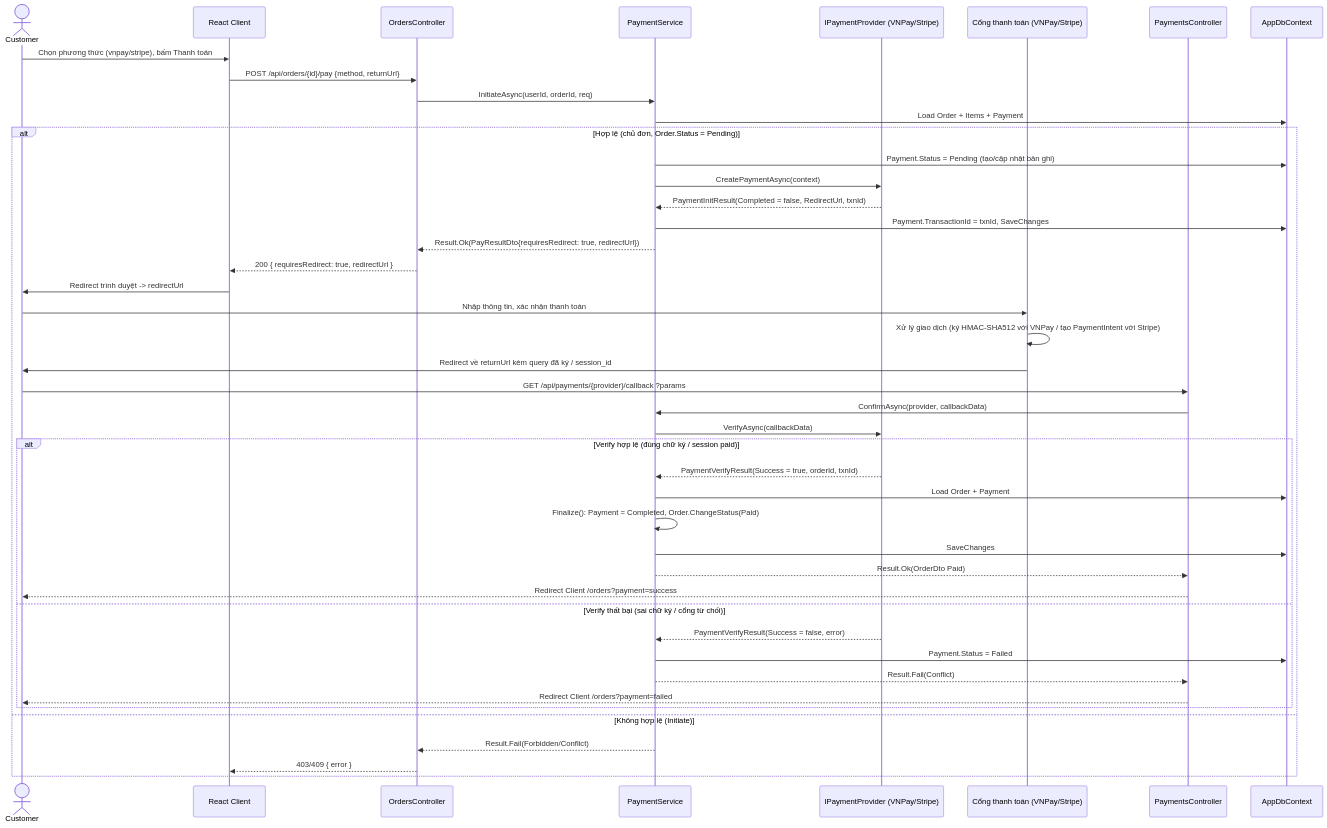
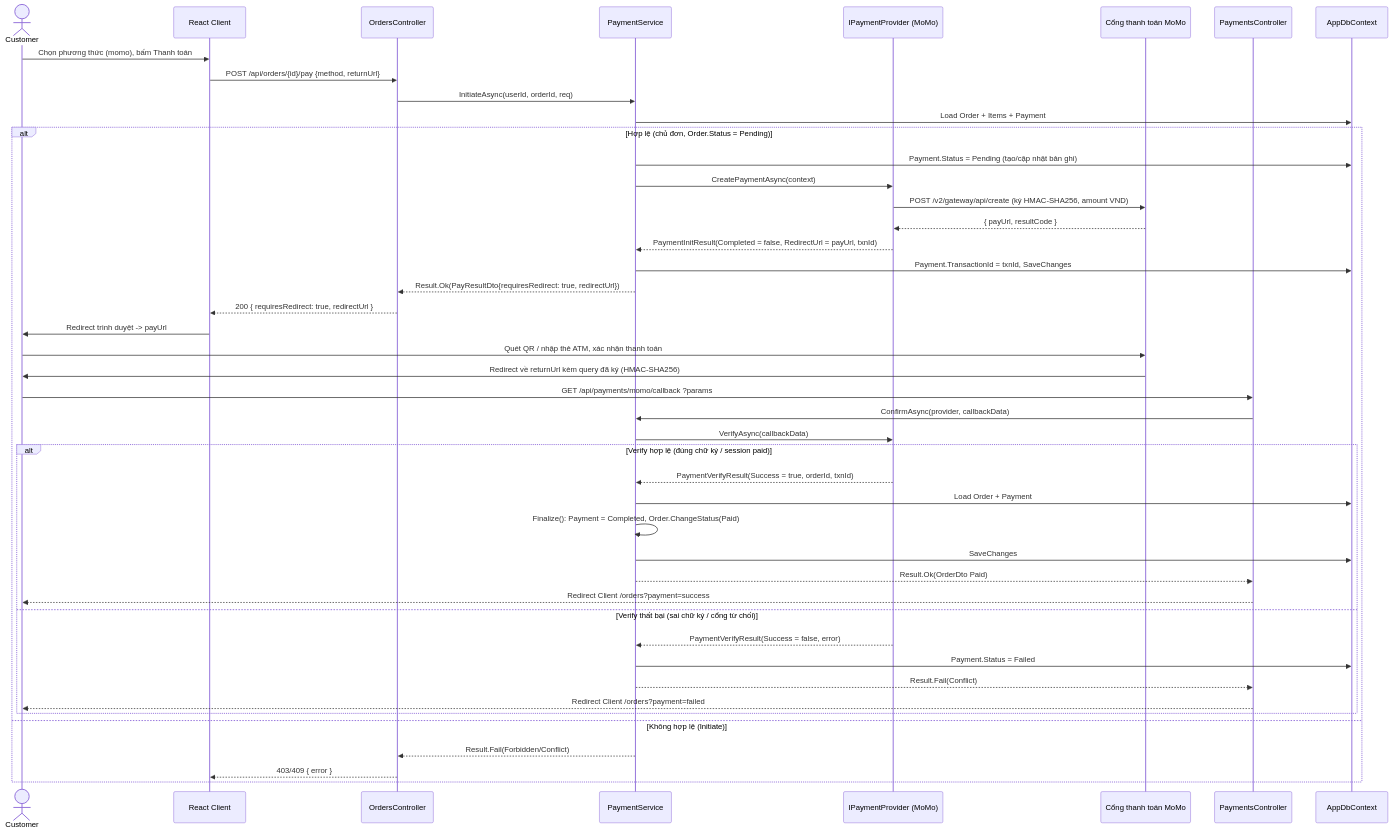
One commit to nhuy2005-alexandors/Marketplace changed the fifth of 5 diagrams in docs/sequence-diagrams.md. Above: the diagram before and after it, drawn with Mermaid. The commit also changed other lines of this file and 107 other files, not shown here.

````diff
--- a/docs/sequence-diagrams.md
+++ b/docs/sequence-diagrams.md
@@ -139,47 +139,48 @@
 ```mermaid
 sequenceDiagram
     actor C as Customer
     participant FE as React Client
     participant OC as OrdersController
     participant PS as PaymentService
-    participant PP as IPaymentProvider (VNPay/Stripe)
-    participant GW as Cổng thanh toán (VNPay/Stripe)
+    participant PP as IPaymentProvider (MoMo)
+    participant GW as Cổng thanh toán MoMo
     participant PC as PaymentsController
     participant DB as AppDbContext
 
-    C->>FE: Chọn phương thức (vnpay/stripe), bấm Thanh toán
+    C->>FE: Chọn phương thức (momo), bấm Thanh toán
     FE->>OC: POST /api/orders/{id}/pay {method, returnUrl}
     OC->>PS: InitiateAsync(userId, orderId, req)
     PS->>DB: Load Order + Items + Payment
     alt Hợp lệ (chủ đơn, Order.Status = Pending)
         PS->>DB: Payment.Status = Pending (tạo/cập nhật bản ghi)
         PS->>PP: CreatePaymentAsync(context)
-        PP-->>PS: PaymentInitResult(Completed = false, RedirectUrl, txnId)
+        PP->>GW: POST /v2/gateway/api/create (ký HMAC-SHA256, amount VND)
+        GW-->>PP: { payUrl, resultCode }
+        PP-->>PS: PaymentInitResult(Completed = false, RedirectUrl = payUrl, txnId)
         PS->>DB: Payment.TransactionId = txnId, SaveChanges
         PS-->>OC: Result.Ok(PayResultDto{requiresRedirect: true, redirectUrl})
         OC-->>FE: 200 { requiresRedirect: true, redirectUrl }
-        FE->>C: Redirect trình duyệt -> redirectUrl
-        C->>GW: Nhập thông tin, xác nhận thanh toán
-        GW->>GW: Xử lý giao dịch (ký HMAC-SHA512 với VNPay / tạo PaymentIntent với Stripe)
-        GW->>C: Redirect về returnUrl kèm query đã ký / session_id
-        C->>PC: GET /api/payments/{provider}/callback ?params
+        FE->>C: Redirect trình duyệt -> payUrl
+        C->>GW: Quét QR / nhập thẻ ATM, xác nhận thanh toán
+        GW->>C: Redirect về returnUrl kèm query đã ký (HMAC-SHA256)
+        C->>PC: GET /api/payments/momo/callback ?params
         PC->>PS: ConfirmAsync(provider, callbackData)
         PS->>PP: VerifyAsync(callbackData)
         alt Verify hợp lệ (đúng chữ ký / session paid)
             PP-->>PS: PaymentVerifyResult(Success = true, orderId, txnId)
             PS->>DB: Load Order + Payment
             PS->>PS: Finalize(): Payment = Completed, Order.ChangeStatus(Paid)
             PS->>DB: SaveChanges
             PS-->>PC: Result.Ok(OrderDto Paid)
             PC-->>C: Redirect Client /orders?payment=success
         else Verify thất bại (sai chữ ký / cổng từ chối)
             PP-->>PS: PaymentVerifyResult(Success = false, error)
             PS->>DB: Payment.Status = Failed
             PS-->>PC: Result.Fail(Conflict)
             PC-->>C: Redirect Client /orders?payment=failed
         end
     else Không hợp lệ (Initiate)
         PS-->>OC: Result.Fail(Forbidden/Conflict)
         OC-->>FE: 403/409 { error }
     end
 ```
````
